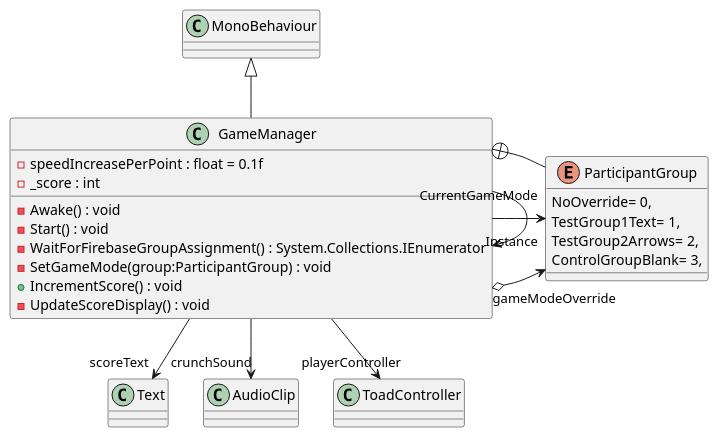
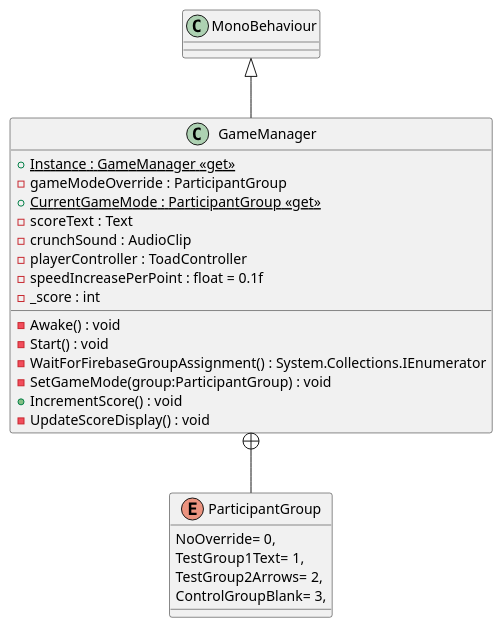
Before and after one commit to RadicalReptile/ToadRunnerStudy: the diagram in UML/Assets/Scripts/GameManager.puml, drawn with PlantUML. The commit also changed 15 other files, not shown here.

Commit message:
Generate UML (Generate UML)

```diff
--- a/UML/Assets/Scripts/GameManager.puml
+++ b/UML/Assets/Scripts/GameManager.puml
@@ -1,26 +1,26 @@
 @startuml
 class GameManager {
+    + {static} Instance : GameManager <<get>>
+    - gameModeOverride : ParticipantGroup
+    + {static} CurrentGameMode : ParticipantGroup <<get>>
+    - scoreText : Text
+    - crunchSound : AudioClip
+    - playerController : ToadController
     - speedIncreasePerPoint : float = 0.1f
     - _score : int
     - Awake() : void
     - Start() : void
     - WaitForFirebaseGroupAssignment() : System.Collections.IEnumerator
     - SetGameMode(group:ParticipantGroup) : void
     + IncrementScore() : void
     - UpdateScoreDisplay() : void
 }
 enum ParticipantGroup {
     NoOverride= 0,
     TestGroup1Text= 1,
     TestGroup2Arrows= 2,
     ControlGroupBlank= 3,
 }
 MonoBehaviour <|-- GameManager
-GameManager --> "Instance" GameManager
-GameManager o-> "gameModeOverride" ParticipantGroup
-GameManager --> "CurrentGameMode" ParticipantGroup
-GameManager --> "scoreText" Text
-GameManager --> "crunchSound" AudioClip
-GameManager --> "playerController" ToadController
 GameManager +-- ParticipantGroup
 @enduml
```
